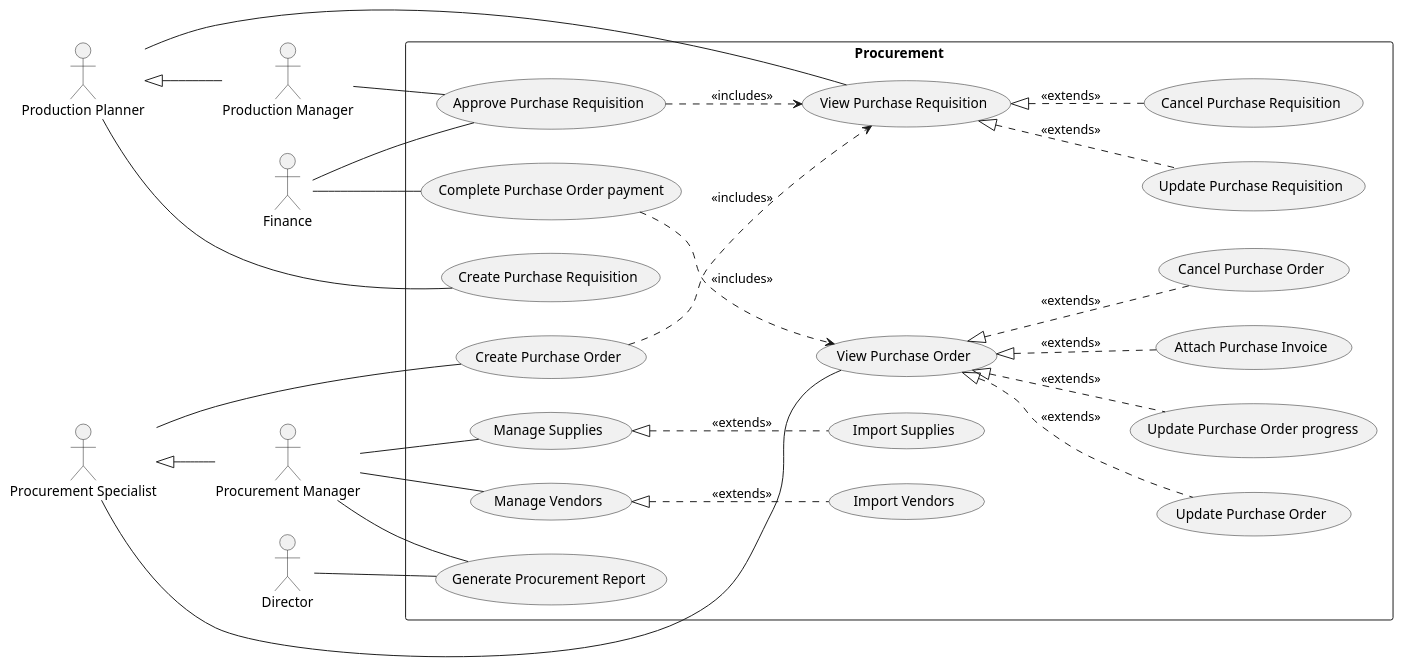
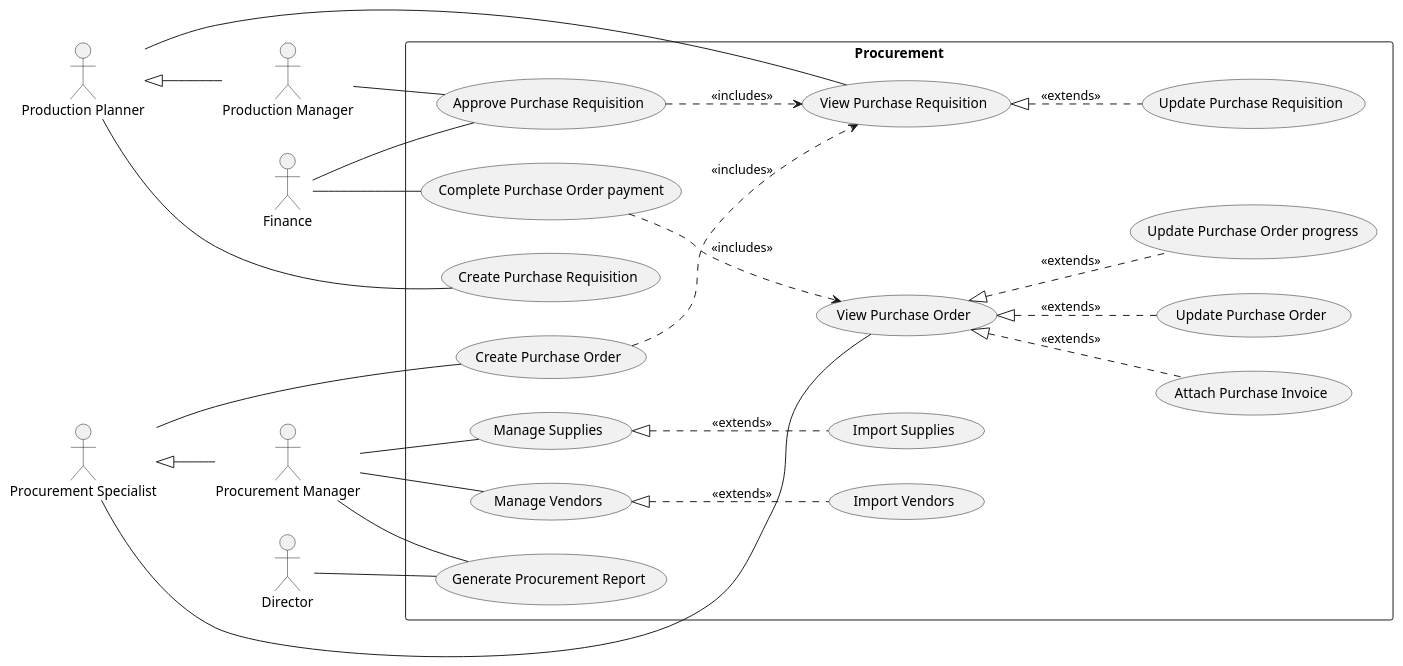
One commit to phihungha/scmss-reqs changed the diagram in use-cases/procurement.plantuml. Above: the diagram before and after it, drawn with PlantUML. The commit also changed 19 other files, not shown here.

```diff
--- a/use-cases/procurement.plantuml
+++ b/use-cases/procurement.plantuml
@@ -1,41 +1,39 @@
 @startuml procurement
 left to right direction
 
 :Director: as d
 :Finance: as f
 
 :Production Planner: as pp
 :Production Manager: as prm
 pp <|-- prm
 
 :Procurement Manager: as pm
 :Procurement Specialist: as ps
 ps <|-- pm
 
 rectangle Procurement {
     pp -- (Create Purchase Requisition)
     pp -- (View Purchase Requisition)
     (View Purchase Requisition) <|.. (Update Purchase Requisition) : <<extends>>
-    (View Purchase Requisition) <|.. (Cancel Purchase Requisition) : <<extends>>
     f -- (Approve Purchase Requisition)
     prm -- (Approve Purchase Requisition)
     (Approve Purchase Requisition) ..> (View Purchase Requisition) : <<includes>>
 
     ps -- (Create Purchase Order)
     (Create Purchase Order) ..> (View Purchase Requisition) : <<includes>>
     ps -- (View Purchase Order)
     (View Purchase Order) <|.. (Update Purchase Order) : <<extends>>
     (View Purchase Order) <|.. (Update Purchase Order progress) : <<extends>>
     (View Purchase Order) <|.. (Attach Purchase Invoice) : <<extends>>
-    (View Purchase Order) <|.. (Cancel Purchase Order) : <<extends>>
     f -- (Complete Purchase Order payment)
     (Complete Purchase Order payment) ..> (View Purchase Order) : <<includes>>
 
     pm -- (Manage Vendors)
     (Manage Vendors) <|.. (Import Vendors) : <<extends>>
     pm -- (Manage Supplies)
     (Manage Supplies) <|.. (Import Supplies) : <<extends>>
     pm -- (Generate Procurement Report)
     d -- (Generate Procurement Report)
 }
 @enduml
```
